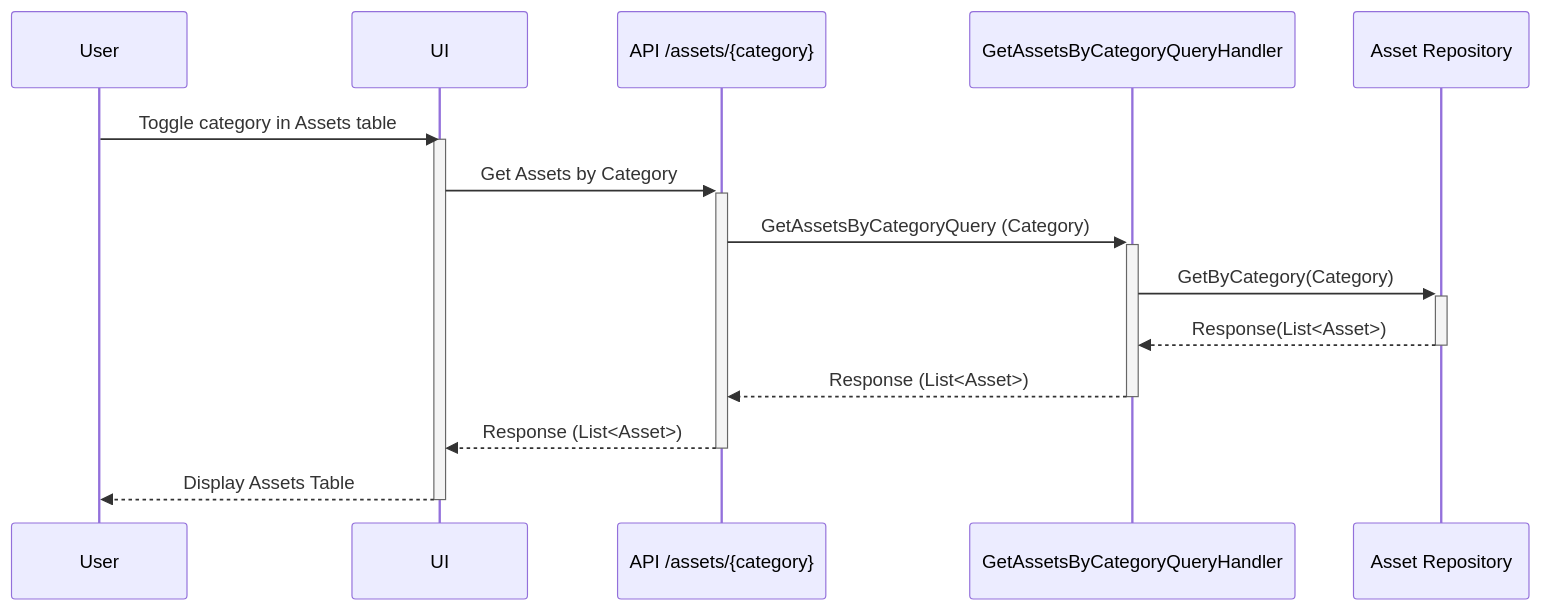
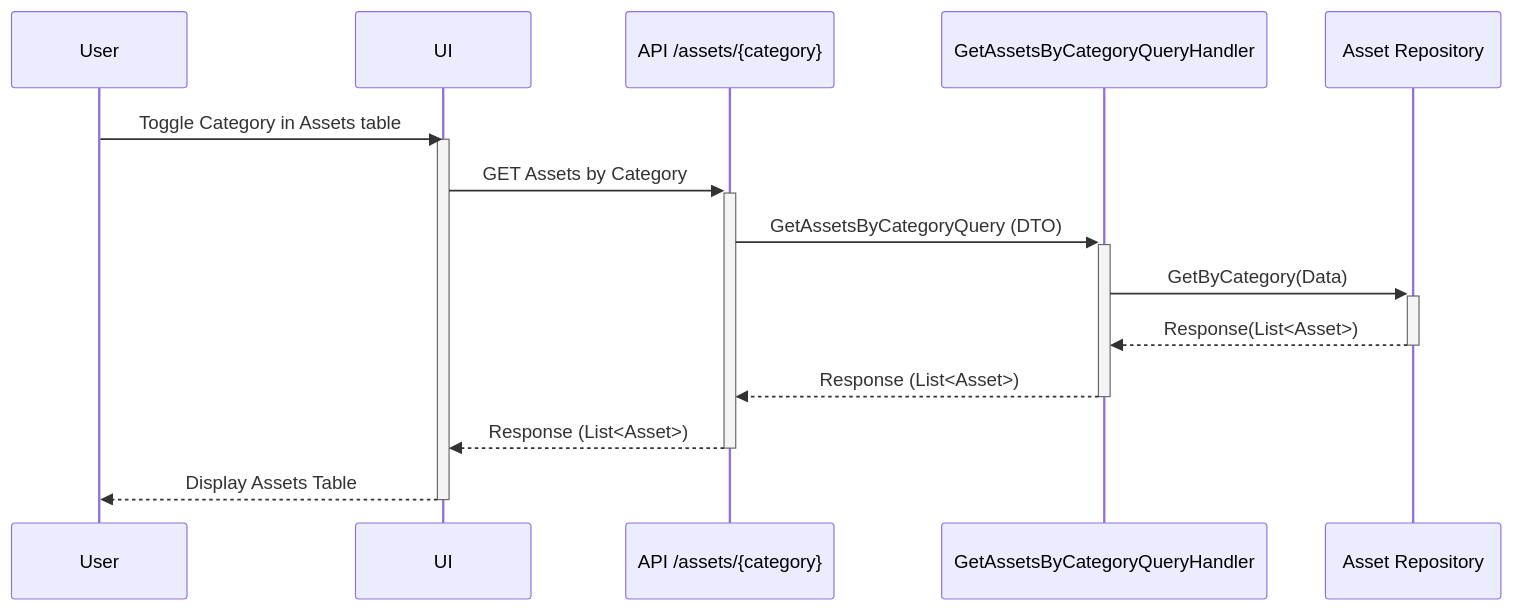
One commit to livun/bouvet-asset-hub changed the fourth of 4 diagrams in docs/sequence-diagrams/read-asset.md. Above: the diagram before and after it, drawn with Mermaid. The commit also changed other lines of this file and 9 other files, not shown here.

Commit message:
Finished with sequence diagrams

````diff
--- a/docs/sequence-diagrams/read-asset.md
+++ b/docs/sequence-diagrams/read-asset.md
@@ -49,14 +53,14 @@
 ```mermaid
 sequenceDiagram
-User ->> UI : Toggle category in Assets table
+User ->> UI : Toggle Category in Assets table
     Activate UI
-        UI ->>+ API /assets/{category}: Get Assets by Category 
-        API /assets/{category} ->>+ GetAssetsByCategoryQueryHandler : GetAssetsByCategoryQuery (Category)
-        GetAssetsByCategoryQueryHandler ->>+ Asset Repository : GetByCategory(Category)
+        UI ->>+ API /assets/{category}: GET Assets by Category 
+        API /assets/{category} ->>+ GetAssetsByCategoryQueryHandler : GetAssetsByCategoryQuery (DTO)
+        GetAssetsByCategoryQueryHandler ->>+ Asset Repository : GetByCategory(Data)
         Asset Repository -->>- GetAssetsByCategoryQueryHandler : Response(List<Asset>)
         GetAssetsByCategoryQueryHandler -->>- API /assets/{category} : Response (List<Asset>)
         API /assets/{category} -->>- UI : Response (List<Asset>)
         UI -->> User: Display Assets Table
     Deactivate UI
 
 ```
````
